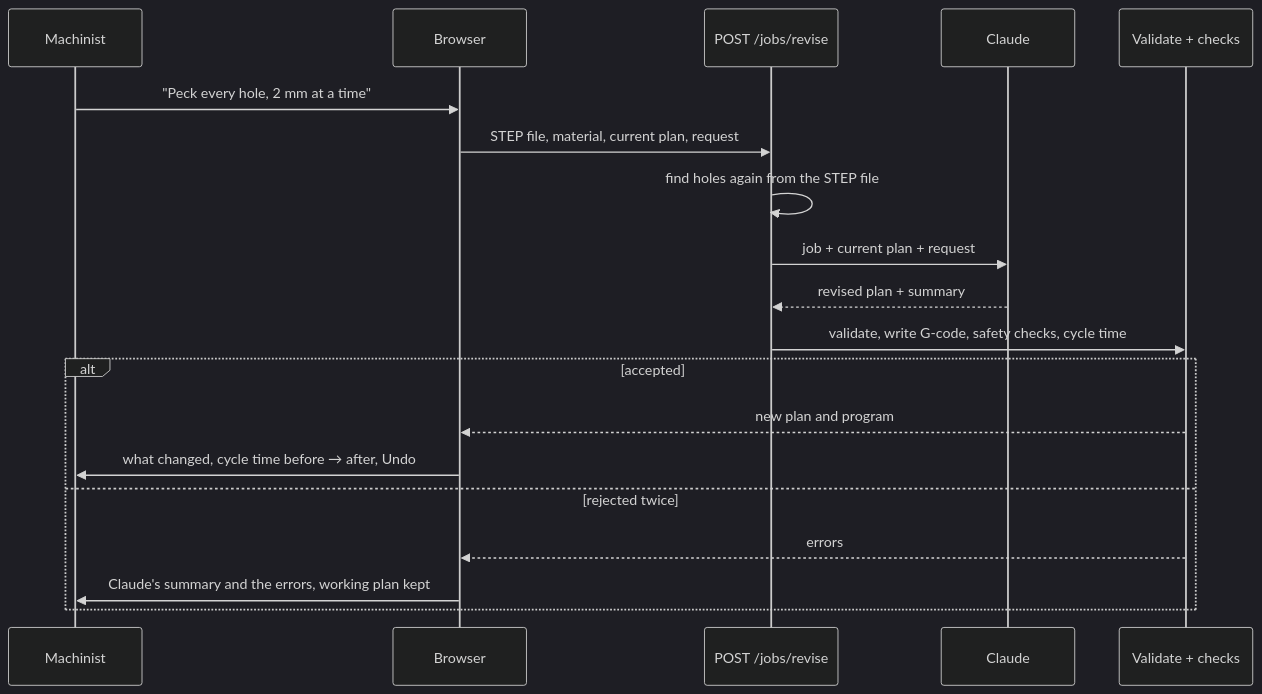
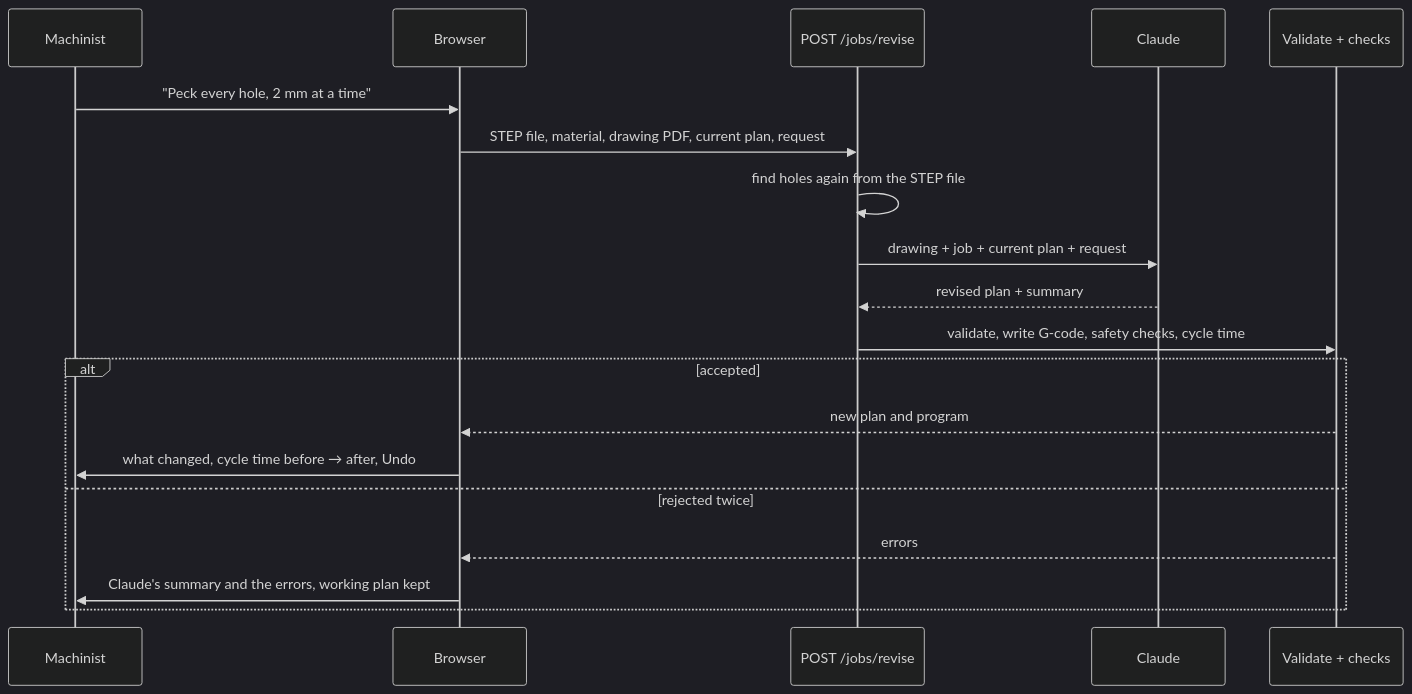
Before and after one commit to rrhodeswebdev/hole-cam: the fifth of 6 diagrams in docs/HOW-IT-WORKS.md, drawn with Mermaid (dark theme). The commit also changed other lines of this file and 8 other files, not shown here.

````diff
--- a/docs/HOW-IT-WORKS.md
+++ b/docs/HOW-IT-WORKS.md
@@ -272,22 +259,22 @@
 ```mermaid
 sequenceDiagram
     participant M as Machinist
     participant B as Browser
     participant A as POST /jobs/revise
     participant C as Claude
     participant V as Validate + checks
 
     M->>B: "Peck every hole, 2 mm at a time"
-    B->>A: STEP file, material, current plan, request
+    B->>A: STEP file, material, drawing PDF, current plan, request
     A->>A: find holes again from the STEP file
-    A->>C: job + current plan + request
+    A->>C: drawing + job + current plan + request
     C-->>A: revised plan + summary
     A->>V: validate, write G-code, safety checks, cycle time
     alt accepted
         V-->>B: new plan and program
         B->>M: what changed, cycle time before → after, Undo
     else rejected twice
         V-->>B: errors
         B->>M: Claude's summary and the errors, working plan kept
     end
 ```
````
